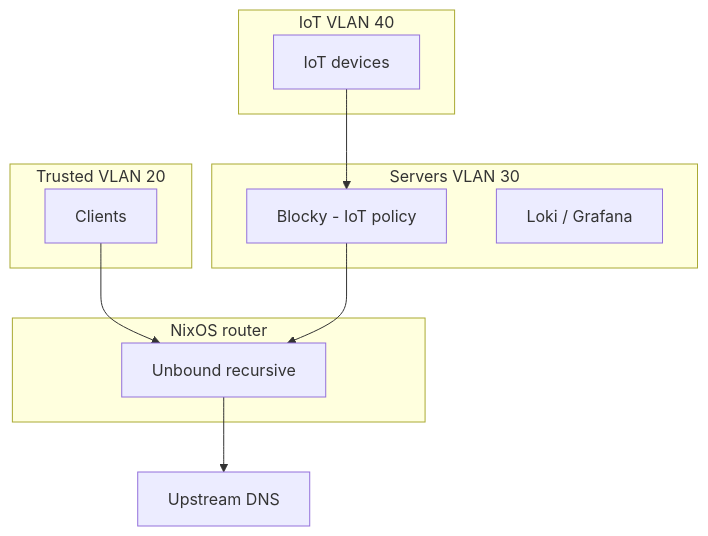
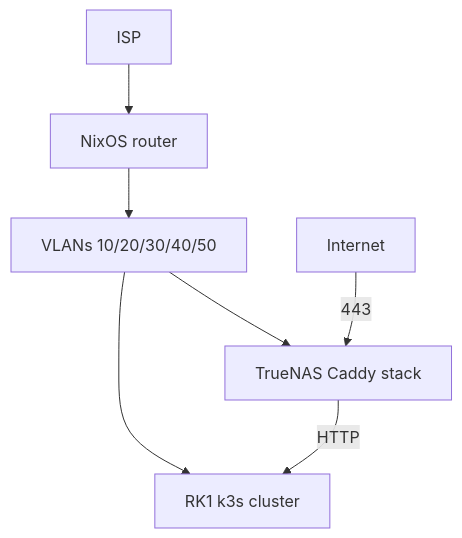
The diagram in docs/plan.md (sknutsen/network), drawn with Mermaid before and after one commit. The commit also changed other lines of this file and 40 other files, not shown here.

````diff
--- a/docs/plan.md
+++ b/docs/plan.md
@@ -323,20 +41,9 @@
 ```mermaid
 flowchart TB
-  subgraph trusted [Trusted VLAN 20]
-    PC[Clients]
-  end
-  subgraph iot [IoT VLAN 40]
-    IoTdev[IoT devices]
-  end
-  subgraph router [NixOS router]
-    Unbound[Unbound recursive]
-  end
-  subgraph servers [Servers VLAN 30]
-    Blocky[Blocky - IoT policy]
-    Loki[Loki / Grafana]
-  end
-
-  PC --> Unbound
-  IoTdev --> Blocky --> Unbound
-  Unbound --> Internet[Upstream DNS]
+  ISP[ISP] --> Router[NixOS router]
+  Router --> VLANs[VLANs 10/20/30/40/50]
+  VLANs --> TrueNAS[TrueNAS Caddy stack]
+  VLANs --> K8s[RK1 k3s cluster]
+  Internet -->|443| TrueNAS
+  TrueNAS -->|HTTP| K8s
 ```
````
